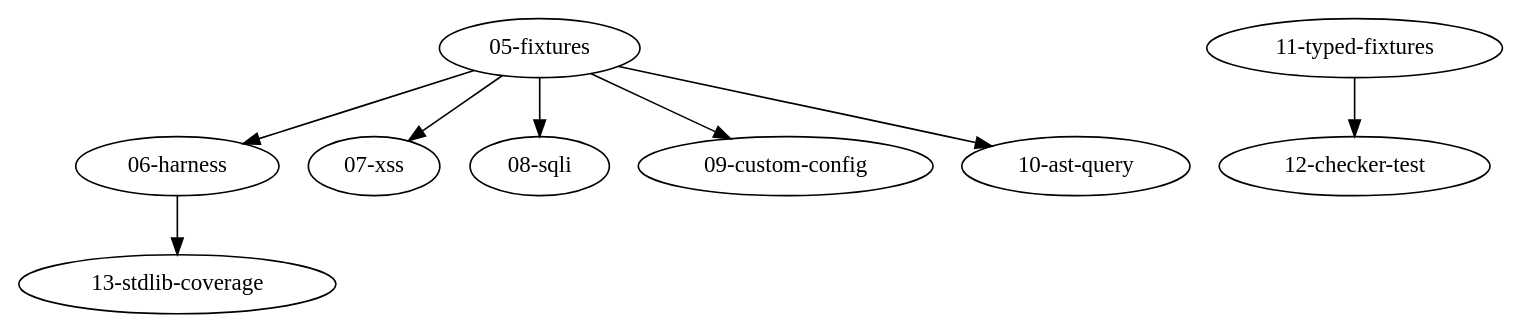
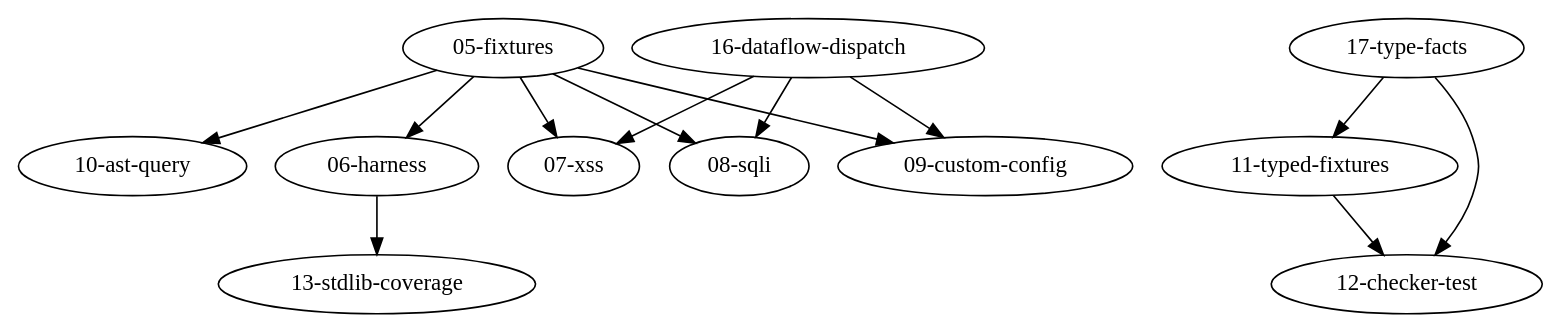
Before and after one commit to Gjdoalfnrxu/tsq: the diagram in docs/impl-plans/DEPENDENCY-GRAPH.md, drawn with Graphviz. The commit also changed other lines of this file and 4 other files, not shown here.

First line of the commit message:
Correct impl-plan audit: DataFlow dispatch, type facts, splitAt

````diff
--- a/docs/impl-plans/DEPENDENCY-GRAPH.md
+++ b/docs/impl-plans/DEPENDENCY-GRAPH.md
@@ -52,11 +65,16 @@
 ```dot
 digraph impl_plans {
   "05-fixtures" -> "06-harness";
   "05-fixtures" -> "07-xss";
   "05-fixtures" -> "08-sqli";
   "05-fixtures" -> "09-custom-config";
   "05-fixtures" -> "10-ast-query";
   "06-harness"  -> "13-stdlib-coverage";
   "11-typed-fixtures" -> "12-checker-test";
+  "16-dataflow-dispatch" -> "07-xss";
+  "16-dataflow-dispatch" -> "08-sqli";
+  "16-dataflow-dispatch" -> "09-custom-config";
+  "17-type-facts" -> "11-typed-fixtures";
+  "17-type-facts" -> "12-checker-test";
 }
 ```
````
